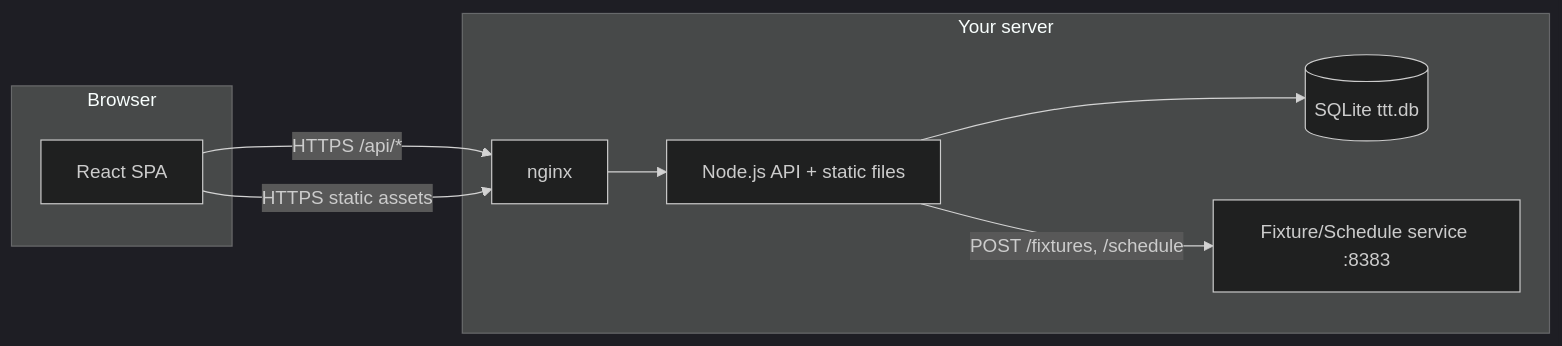
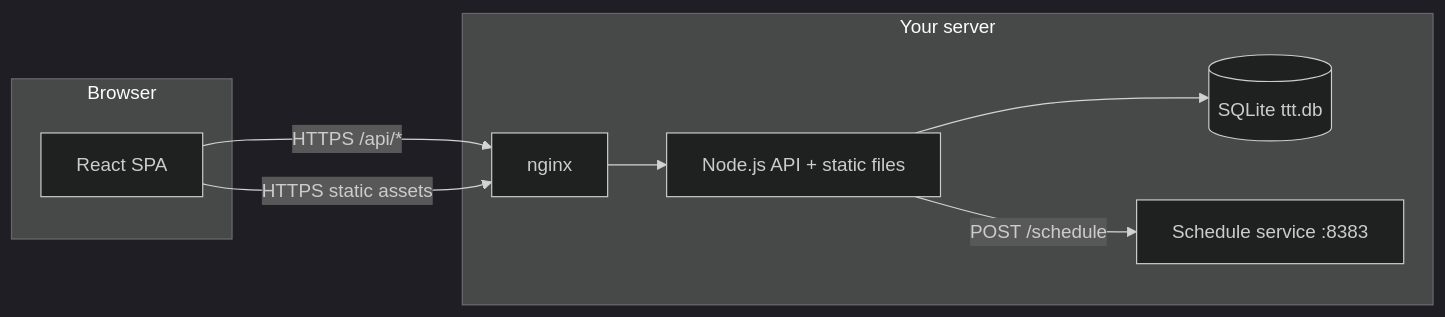
Before and after one commit to rsmoorthy/ttt: the first of 2 diagrams in docs/ARCHITECTURE.md, drawn with Mermaid (dark theme). The commit also changed other lines of this file and 227 other files, not shown here.

````diff
--- a/docs/ARCHITECTURE.md
+++ b/docs/ARCHITECTURE.md
@@ -27,19 +27,19 @@
 ```mermaid
 flowchart LR
   subgraph browser [Browser]
     SPA[React SPA]
   end
 
   subgraph server [Your server]
     nginx[nginx]
     node[Node.js API + static files]
     sqlite[(SQLite ttt.db)]
-    fixtureSvc[Fixture/Schedule service :8383]
+    scheduleSvc[Schedule service :8383]
   end
 
   SPA -->|HTTPS /api/*| nginx
   SPA -->|HTTPS static assets| nginx
   nginx --> node
   node --> sqlite
-  node -->|POST /fixtures, /schedule| fixtureSvc
+  node -->|POST /schedule| scheduleSvc
 ```
````
